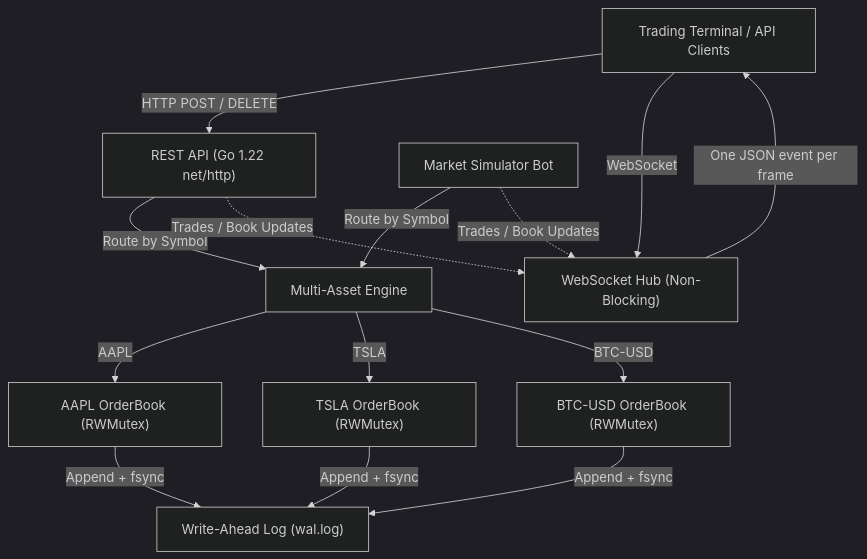
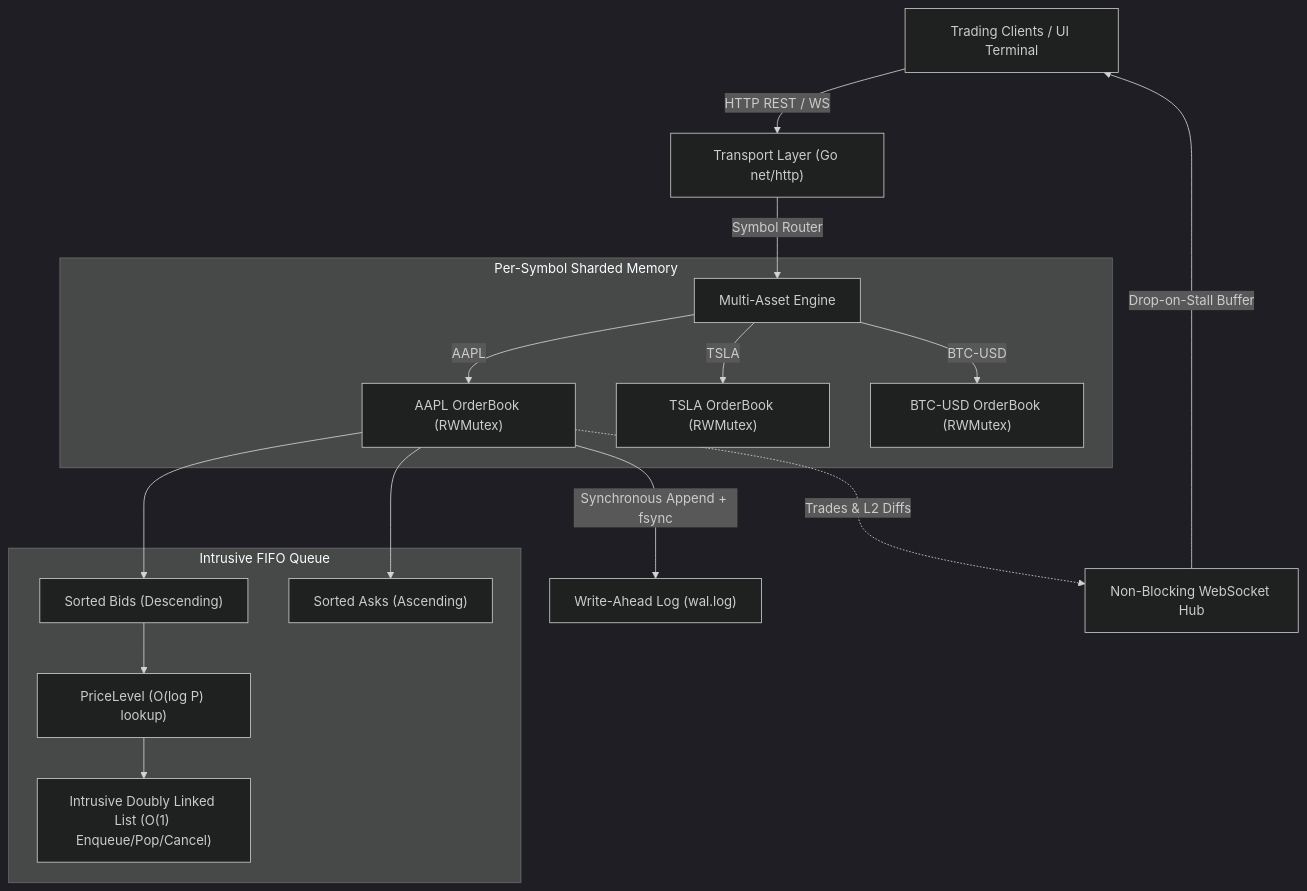
Before and after one commit to divya-3005/matching-engine-journey: the diagram in README.md, drawn with Mermaid (dark theme). The commit also changed other lines of this file and 3 other files, not shown here.

````diff
--- a/README.md
+++ b/README.md
@@ -60,16 +45,22 @@
 ```mermaid
 graph TD
-    Client["Trading Terminal / API Clients"] -->|HTTP POST / DELETE| API["REST API (Go 1.22 net/http)"]
-    Client -->|WebSocket| WSHub["WebSocket Hub (Non-Blocking)"]
-    API -->|Route by Symbol| Engine["Multi-Asset Engine"]
-    Sim["Market Simulator Bot"] -->|Route by Symbol| Engine
-    Engine -->|AAPL| OB1["AAPL OrderBook (RWMutex)"]
-    Engine -->|TSLA| OB2["TSLA OrderBook (RWMutex)"]
-    Engine -->|BTC-USD| OB3["BTC-USD OrderBook (RWMutex)"]
-    OB1 -->|Append + fsync| WAL["Write-Ahead Log (wal.log)"]
-    OB2 -->|Append + fsync| WAL
-    OB3 -->|Append + fsync| WAL
-    API -.->|Trades / Book Updates| WSHub
-    Sim -.->|Trades / Book Updates| WSHub
-    WSHub -->|One JSON event per frame| Client
+    Client["Trading Clients / UI Terminal"] -->|HTTP REST / WS| Transport["Transport Layer (Go net/http)"]
+    Transport -->|Symbol Router| Engine["Multi-Asset Engine"]
+    
+    subgraph Engine Isolation [Per-Symbol Sharded Memory]
+        Engine -->|AAPL| OB1["AAPL OrderBook (RWMutex)"]
+        Engine -->|TSLA| OB2["TSLA OrderBook (RWMutex)"]
+        Engine -->|BTC-USD| OB3["BTC-USD OrderBook (RWMutex)"]
+    end
+
+    subgraph OrderBook Internals [Intrusive FIFO Queue]
+        OB1 --> Bids["Sorted Bids (Descending)"]
+        OB1 --> Asks["Sorted Asks (Ascending)"]
+        Bids --> PLevel["PriceLevel (O(log P) lookup)"]
+        PLevel --> DLL["Intrusive Doubly Linked List (O(1) Enqueue/Pop/Cancel)"]
+    end
+
+    OB1 -->|Synchronous Append + fsync| WAL["Write-Ahead Log (wal.log)"]
+    OB1 -.->|Trades & L2 Diffs| Hub["Non-Blocking WebSocket Hub"]
+    Hub -->|Drop-on-Stall Buffer| Client
 ```
````
